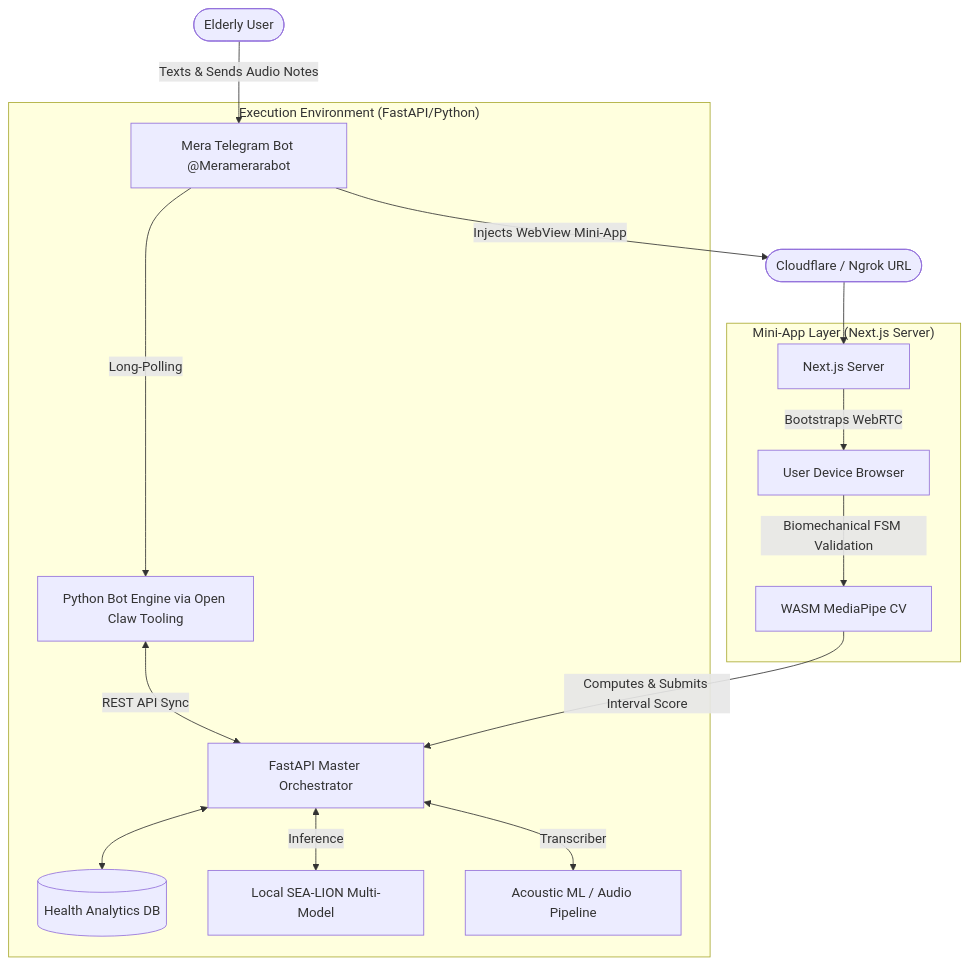
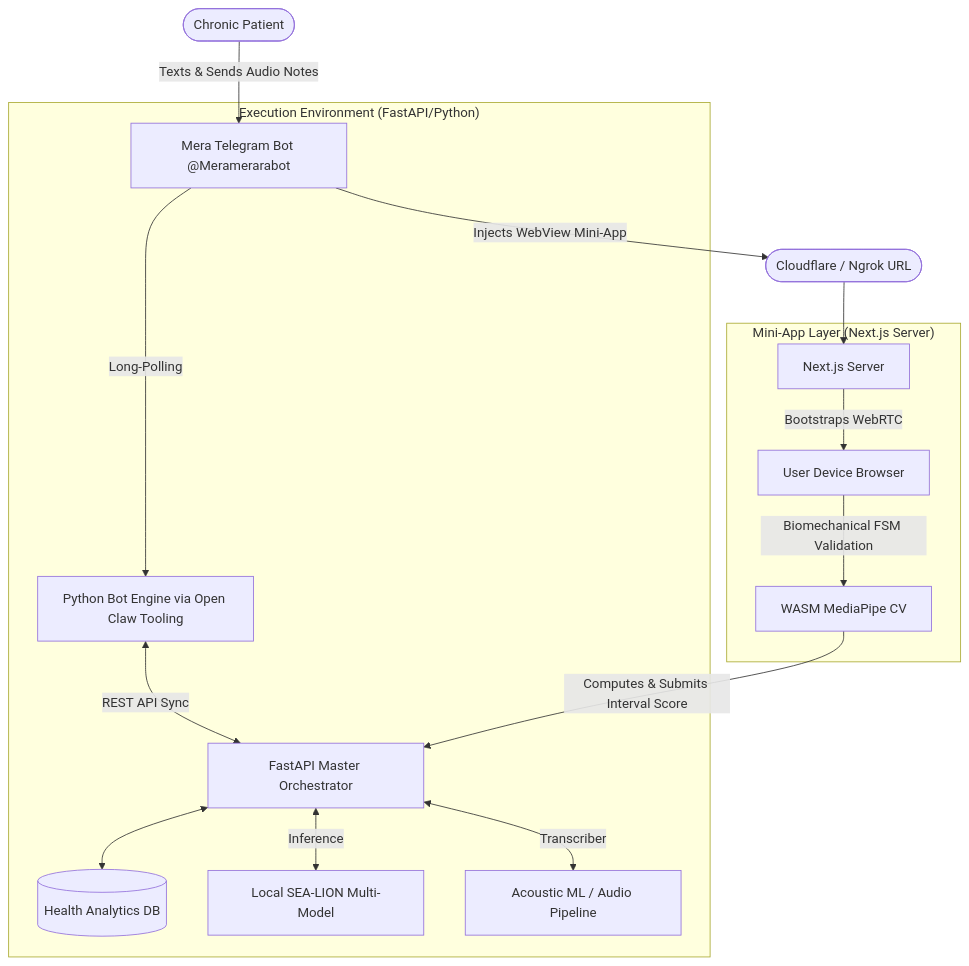
One commit to Yxiang-828/Synapxe_IMDA_AI_Innovation_Challenge changed the diagram in Readme.md. Above: the diagram before and after it, drawn with Mermaid. The commit also changed other lines of this file and 3 other files, not shown here.

````diff
--- a/Readme.md
+++ b/Readme.md
@@ -97,22 +97,22 @@
 ```mermaid
 flowchart TD
-    User([Elderly User]) -->|Texts & Sends Audio Notes| Telegram[Mera Telegram Bot @Meramerarabot]
+    User([Chronic Patient]) -->|Texts & Sends Audio Notes| Telegram[Mera Telegram Bot @Meramerarabot]
     
     subgraph "Execution Environment (FastAPI/Python)"
         Telegram --> |Long-Polling| PyBot[Python Bot Engine via Open Claw Tooling]
         PyBot <--> |REST API Sync| FastAPI[FastAPI Master Orchestrator]
         FastAPI <--> SQLite[(Health Analytics DB)]
         FastAPI <--> |Inference| Ollama[Local SEA-LION Multi-Model]
         FastAPI <--> |Transcriber| ML[Acoustic ML / Audio Pipeline]
     end
 
     subgraph "Mini-App Layer (Next.js Server)"
         NextJS[Next.js Server]
         NextJS -- Bootstraps WebRTC --> ClientDevice[User Device Browser]
         ClientDevice -- Biomechanical FSM Validation --> Browser[WASM MediaPipe CV]
     end
 
     Cloudflare([Cloudflare / Ngrok URL]) --> NextJS
     Telegram --> |Injects WebView Mini-App| Cloudflare
     Browser --> |Computes & Submits Interval Score| FastAPI
 ```
````
